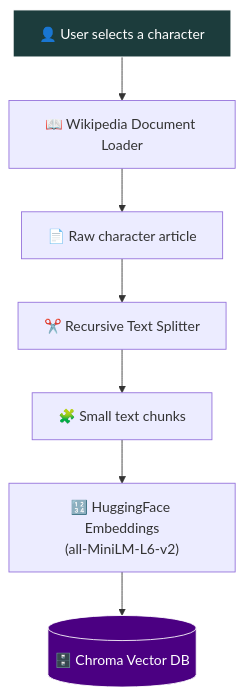
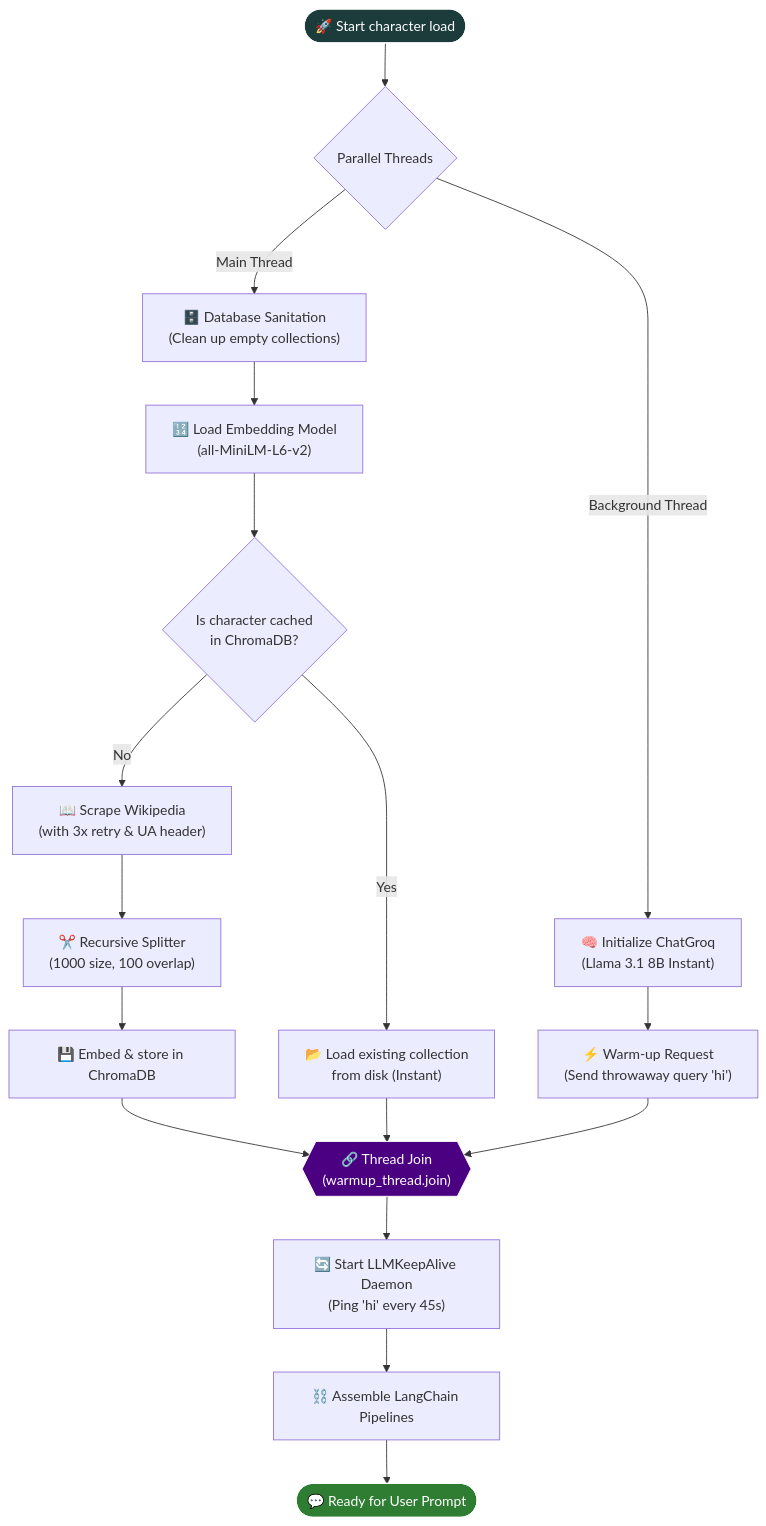
Before and after one commit to itslokeshx/Unmasked: the first of 2 diagrams in README.md, drawn with Mermaid. The commit also changed other lines of this file, not shown here.

Commit message:
docs: update architecture documentation with parallel bootstrapping and keep-alive flow diagrams

````diff
--- a/README.md
+++ b/README.md
@@ -120,12 +128,31 @@
 ```mermaid
 flowchart TD
-    A["👤 User selects a character"] --> B["📖 Wikipedia Document Loader"]
-    B --> C["📄 Raw character article"]
-    C --> D["✂️ Recursive Text Splitter"]
-    D --> E["🧩 Small text chunks"]
-    E --> F["🔢 HuggingFace Embeddings\n(all-MiniLM-L6-v2)"]
-    F --> G[("🗄️ Chroma Vector DB")]
+    Start(["🚀 Start character load"]) --> SplitPath{"Parallel Threads"}
+    
+    %% Main Thread Path
+    SplitPath -->|Main Thread| DBInit["🗄️ Database Sanitation\n(Clean up empty collections)"]
+    DBInit --> EmbedLoad["🔢 Load Embedding Model\n(all-MiniLM-L6-v2)"]
+    EmbedLoad --> CacheCheck{"Is character cached\nin ChromaDB?"}
+    
+    CacheCheck -->|No| WikiFetch["📖 Scrape Wikipedia\n(with 3x retry & UA header)"]
+    WikiFetch --> Chunk["✂️ Recursive Splitter\n(1000 size, 100 overlap)"]
+    Chunk --> EmbedDB["💾 Embed & store in ChromaDB"]
+    EmbedDB --> JoinPoint
+    
+    CacheCheck -->|Yes| LoadDB["📂 Load existing collection\nfrom disk (Instant)"]
+    LoadDB --> JoinPoint
 
-    style A fill:#1C3C3C,stroke:#fff,color:#fff
-    style G fill:#4B0082,stroke:#fff,color:#fff
+    %% Background Warmup Path
+    SplitPath -->|Background Thread| LLMInit["🧠 Initialize ChatGroq\n(Llama 3.1 8B Instant)"]
+    LLMInit --> WarmupLLM["⚡ Warm-up Request\n(Send throwaway query 'hi')"]
+    WarmupLLM --> JoinPoint
+
+    %% Synchronize & Keepalive
+    JoinPoint{{"🔗 Thread Join\n(warmup_thread.join)"}} --> KeepAlive["🔄 Start LLMKeepAlive Daemon\n(Ping 'hi' every 45s)"]
+    KeepAlive --> BuildChains["⛓️ Assemble LangChain Pipelines"]
+    BuildChains --> Ready(["💬 Ready for User Prompt"])
+
+    style Start fill:#1C3C3C,stroke:#fff,color:#fff
+    style JoinPoint fill:#4B0082,stroke:#fff,color:#fff
+    style Ready fill:#2E7D32,stroke:#fff,color:#fff
 ```
````
